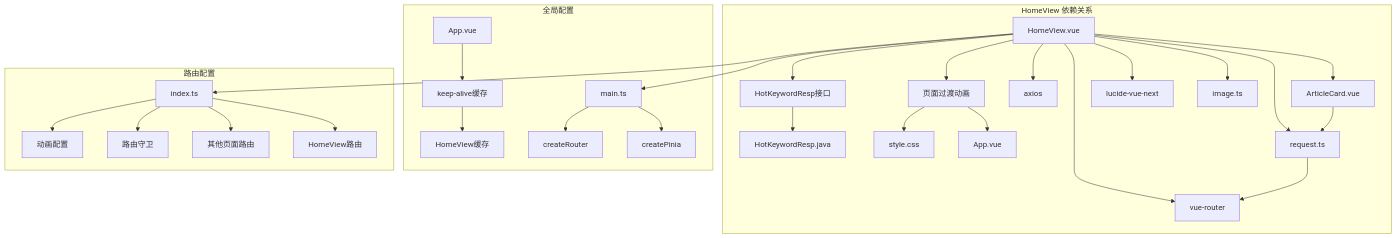
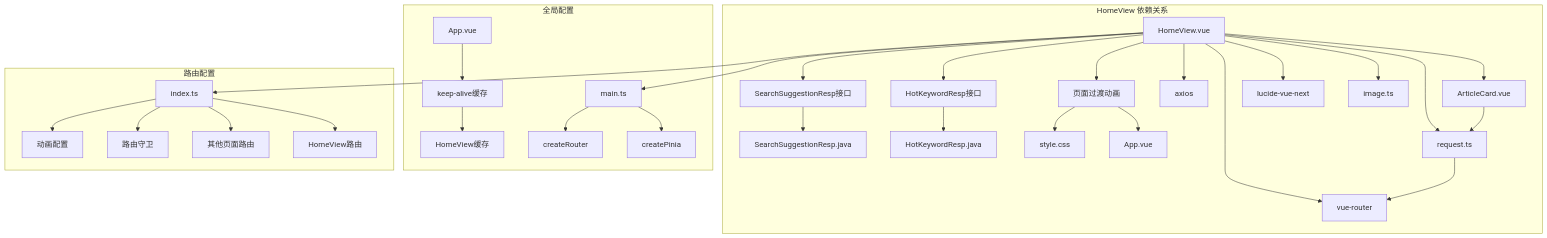
Diagram 29 of 30 in .qoder/repowiki/zh/content/Home View.md (20164206160/zhishilu), drawn with Mermaid before and after one commit. The commit also changed other lines of this file and 26 other files, not shown here.

````diff
--- a/.qoder/repowiki/zh/content/Home View.md
+++ b/.qoder/repowiki/zh/content/Home View.md
@@ -652,32 +1080,34 @@
 ```mermaid
 graph TB
 subgraph "HomeView 依赖关系"
 A[HomeView.vue] --> B[ArticleCard.vue]
 A --> C[request.ts]
 A --> D[image.ts]
 A --> E[lucide-vue-next]
 A --> F[vue-router]
 A --> G[axios]
 A --> H[页面过渡动画]
 H --> I[App.vue]
 H --> J[style.css]
 A --> K[HotKeywordResp接口]
 K --> L[HotKeywordResp.java]
+A --> M[SearchSuggestionResp接口]
+M --> N[SearchSuggestionResp.java]
 end
 subgraph "全局配置"
-M[main.ts] --> N[createPinia]
-M --> O[createRouter]
-P[App.vue] --> Q[keep-alive缓存]
-Q --> R[HomeView缓存]
+O[main.ts] --> P[createPinia]
+O --> Q[createRouter]
+R[App.vue] --> S[keep-alive缓存]
+S --> T[HomeView缓存]
 end
 subgraph "路由配置"
-S[index.ts] --> T[HomeView路由]
-S --> U[其他页面路由]
-S --> V[路由守卫]
-S --> W[动画配置]
+U[index.ts] --> V[HomeView路由]
+U --> W[其他页面路由]
+U --> X[路由守卫]
+U --> Y[动画配置]
 end
-A --> M
-A --> S
+A --> O
+A --> U
 B --> C
 C --> F
 ```
````
